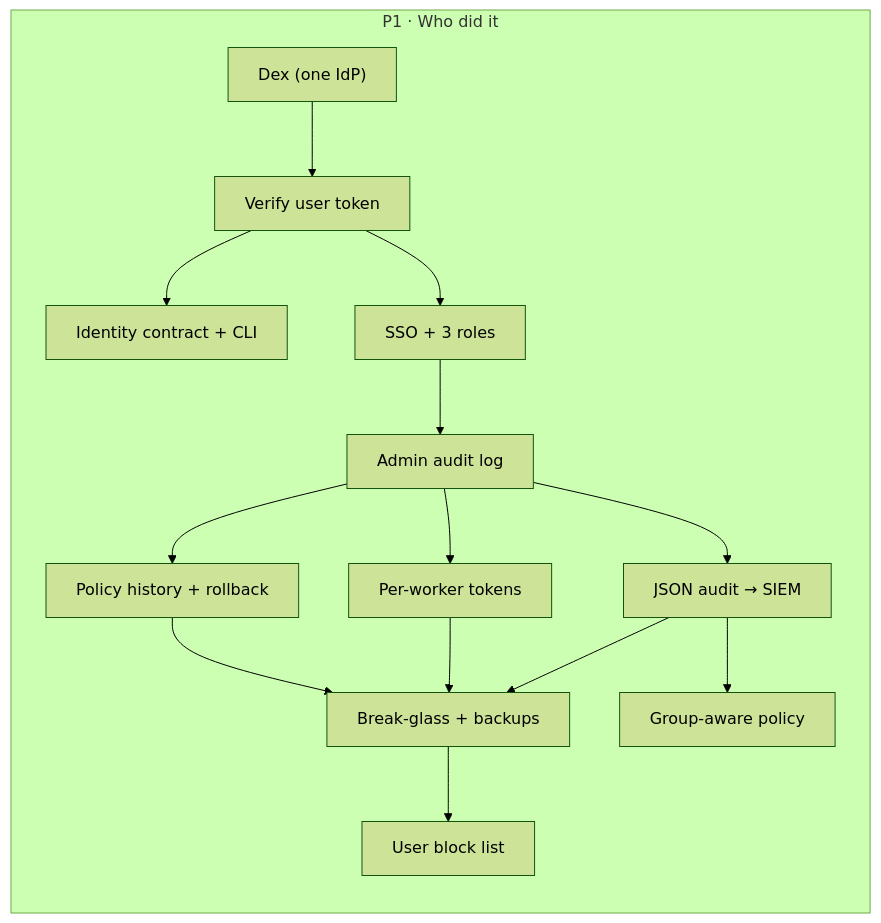
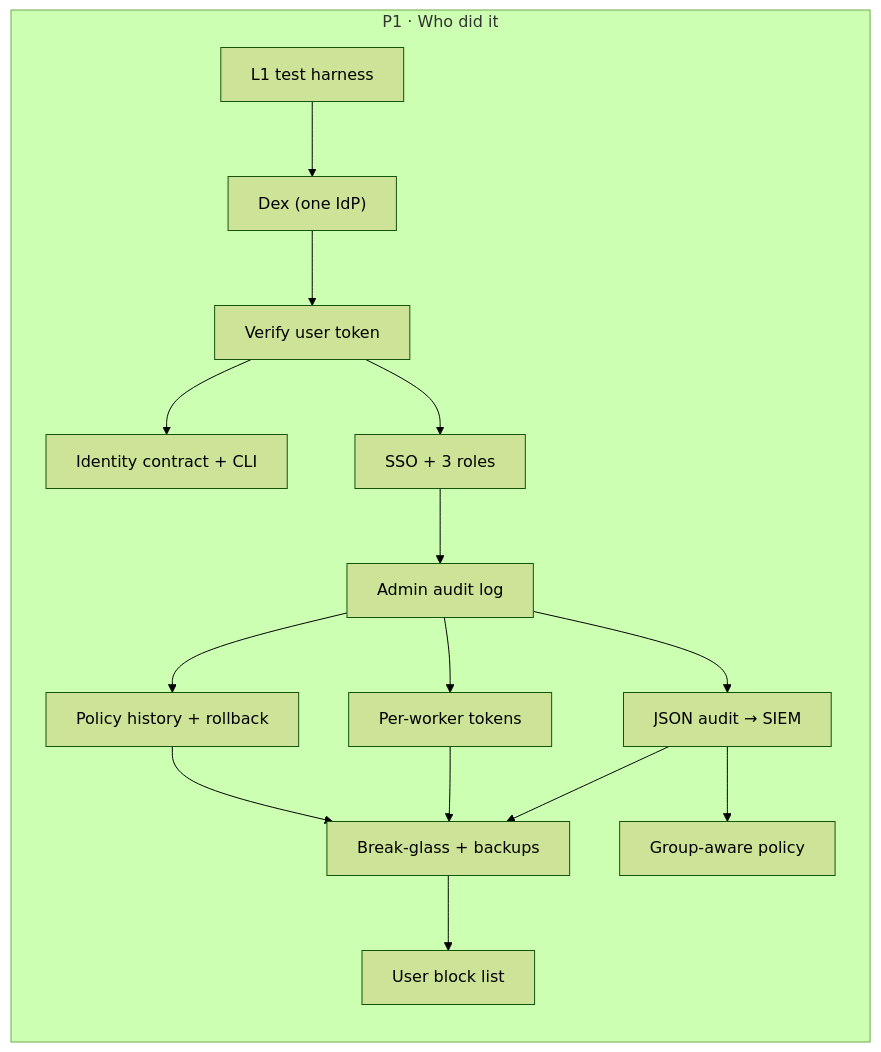
One commit to ethosagent/warden changed the first of 5 diagrams in docs/roadmap/README.md. Above: the diagram before and after it, drawn with Mermaid (forest theme). The commit also changed other lines of this file and 38 other files, not shown here.

First line of the commit message:
test(harness): keep fakes in the workflow (L1 harness 5/5)

````diff
--- a/docs/roadmap/README.md
+++ b/docs/roadmap/README.md
@@ -40,28 +40,30 @@
 ```mermaid
 flowchart LR
   subgraph ph1["P1 · Who did it"]
+    p1_harness["L1 test harness"]
     p1_dex["Dex (one IdP)"]
     p1_verify_token["Verify user token"]
     p1_identity_contract["Identity contract + CLI"]
     p1_sso_roles["SSO + 3 roles"]
     p1_admin_audit["Admin audit log"]
     p1_policy_history["Policy history + rollback"]
     p1_worker_tokens["Per-worker tokens"]
     p1_json_audit["JSON audit → SIEM"]
     p1_breakglass["Break-glass + backups"]
     p1_block_list["User block list"]
     p1_group_policy["Group-aware policy"]
   end
+  p1_harness --> p1_dex
   p1_dex --> p1_verify_token
   p1_verify_token --> p1_identity_contract
   p1_verify_token --> p1_sso_roles
   p1_sso_roles --> p1_admin_audit
   p1_admin_audit --> p1_policy_history
   p1_admin_audit --> p1_worker_tokens
   p1_admin_audit --> p1_json_audit
   p1_policy_history --> p1_breakglass
   p1_worker_tokens --> p1_breakglass
   p1_json_audit --> p1_breakglass
   p1_breakglass --> p1_block_list
   p1_json_audit --> p1_group_policy
 ```
````
